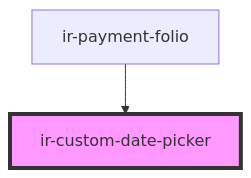
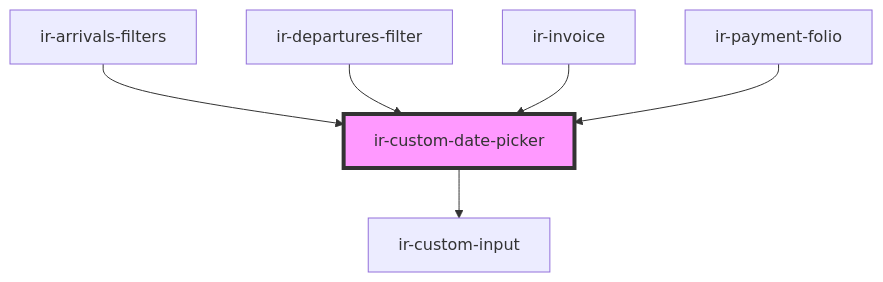
One commit to David1Chowaifaty/modified-ir-webcmp changed the diagram in src/components/ir-custom-date-picker/readme.md. Above: the diagram before and after it, drawn with Mermaid. The commit also changed other lines of this file and 77 other files, not shown here.

````diff
--- a/src/components/ir-custom-date-picker/readme.md
+++ b/src/components/ir-custom-date-picker/readme.md
@@ -70,5 +78,9 @@
 ```mermaid
 graph TD;
+  ir-custom-date-picker --> ir-custom-input
+  ir-arrivals-filters --> ir-custom-date-picker
+  ir-departures-filter --> ir-custom-date-picker
+  ir-invoice --> ir-custom-date-picker
   ir-payment-folio --> ir-custom-date-picker
   style ir-custom-date-picker fill:#f9f,stroke:#333,stroke-width:4px
 ```
````
